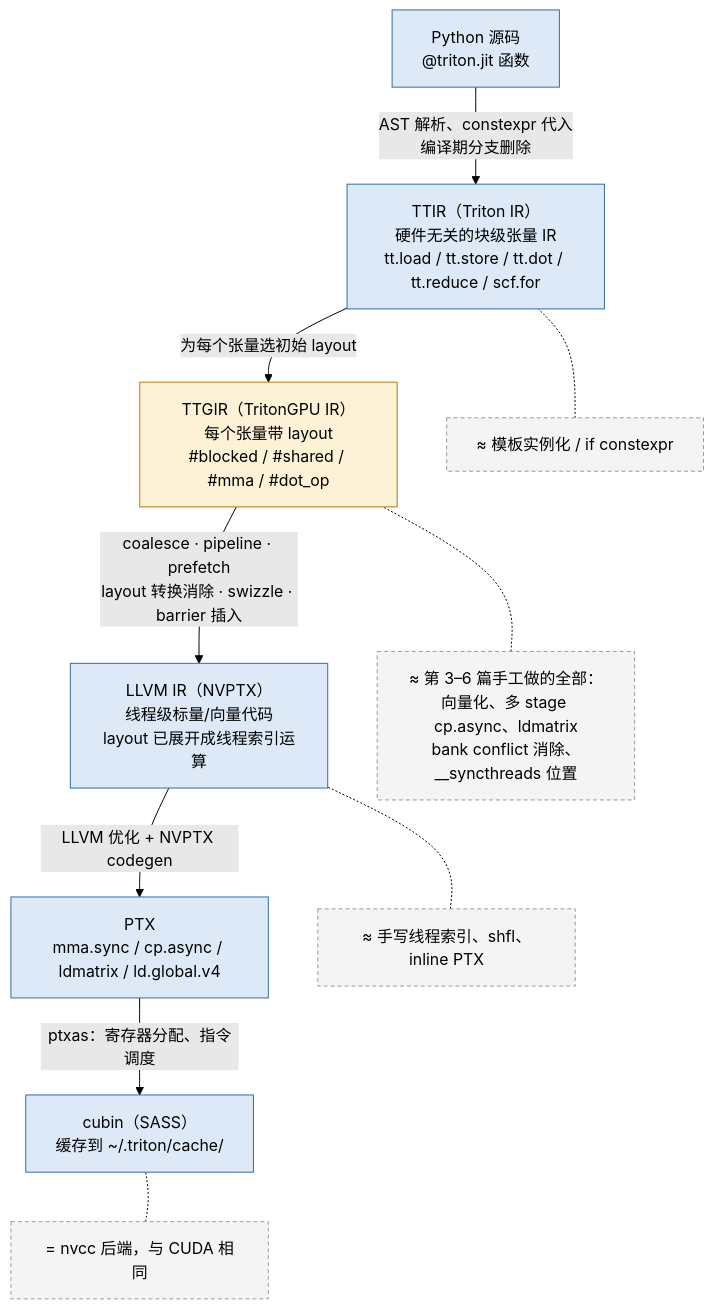
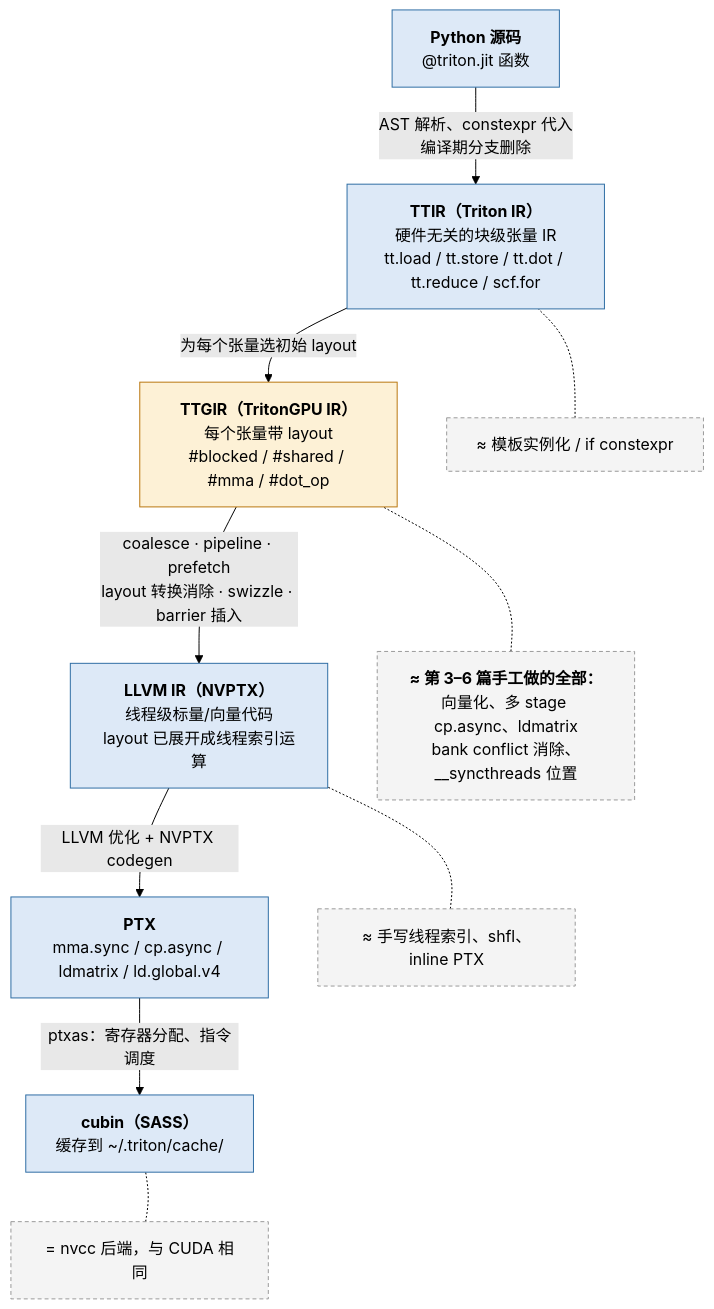
Before and after one commit to arganzheng/arganzheng.github.com: the second of 4 diagrams in _posts/2026-05-17-triton-block-level-programming.md, drawn with Mermaid (forest theme). The commit also changed other lines of this file and 10 other files, not shown here.

First line of the commit message:
GPU Kernel 工程：从 CUDA 执行模型到 FlashAttention：Mermaid 多行方框的首行标为标题（11 篇）

````diff
--- a/_posts/2026-05-17-triton-block-level-programming.md
+++ b/_posts/2026-05-17-triton-block-level-programming.md
@@ -464,36 +464,36 @@
 ```mermaid
 %% 图：Triton 编译流水线的六层：Python 源码 → TTIR → TTGIR → LLVM IR → PTX → cubin
 flowchart TB
-    py["Python 源码<br/>@triton.jit 函数"]
-    ttir["TTIR（Triton IR）<br/>硬件无关的块级张量 IR<br/>tt.load / tt.store / tt.dot / tt.reduce / scf.for"]
-    ttgir["TTGIR（TritonGPU IR）<br/>每个张量带 layout<br/>#blocked / #shared / #mma / #dot_op"]
-    llir["LLVM IR（NVPTX）<br/>线程级标量/向量代码<br/>layout 已展开成线程索引运算"]
-    ptx["PTX<br/>mma.sync / cp.async / ldmatrix / ld.global.v4"]
-    cubin["cubin（SASS）<br/>缓存到 ~/.triton/cache/"]
+    py["<b>Python 源码</b><br/>@triton.jit 函数"]
+    ttir["<b>TTIR（Triton IR）</b><br/>硬件无关的块级张量 IR<br/>tt.load / tt.store / tt.dot / tt.reduce / scf.for"]
+    ttgir["<b>TTGIR（TritonGPU IR）</b><br/>每个张量带 layout<br/>#blocked / #shared / #mma / #dot_op"]
+    llir["<b>LLVM IR（NVPTX）</b><br/>线程级标量/向量代码<br/>layout 已展开成线程索引运算"]
+    ptx["<b>PTX</b><br/>mma.sync / cp.async / ldmatrix / ld.global.v4"]
+    cubin["<b>cubin（SASS）</b><br/>缓存到 ~/.triton/cache/"]
 
     py -- "AST 解析、constexpr 代入<br/>编译期分支删除" --> ttir
     ttir -- "为每个张量选初始 layout" --> ttgir
     ttgir -- "coalesce · pipeline · prefetch<br/>layout 转换消除 · swizzle · barrier 插入" --> llir
     llir -- "LLVM 优化 + NVPTX codegen" --> ptx
     ptx -- "ptxas：寄存器分配、指令调度" --> cubin
 
     m1["≈ 模板实例化 / if constexpr"]
-    m2["≈ 第 3–6 篇手工做的全部：<br/>向量化、多 stage cp.async、ldmatrix<br/>bank conflict 消除、__syncthreads 位置"]
+    m2["<b>≈ 第 3–6 篇手工做的全部：</b><br/>向量化、多 stage cp.async、ldmatrix<br/>bank conflict 消除、__syncthreads 位置"]
     m3["≈ 手写线程索引、shfl、inline PTX"]
     m4["= nvcc 后端，与 CUDA 相同"]
     ttir ~~~ m1
     ttgir ~~~ m2
     llir ~~~ m3
     cubin ~~~ m4
     m1 -.- ttir
     m2 -.- ttgir
     m3 -.- llir
     m4 -.- cubin
 
     classDef ir fill:#dde9f7,stroke:#2e6da4
     classDef hot fill:#fdf1d6,stroke:#b9770e
     classDef note fill:#f4f4f4,stroke:#999,stroke-dasharray: 4 3
     class py,ttir,llir,ptx,cubin ir
     class ttgir hot
     class m1,m2,m3,m4 note
 ```
````
